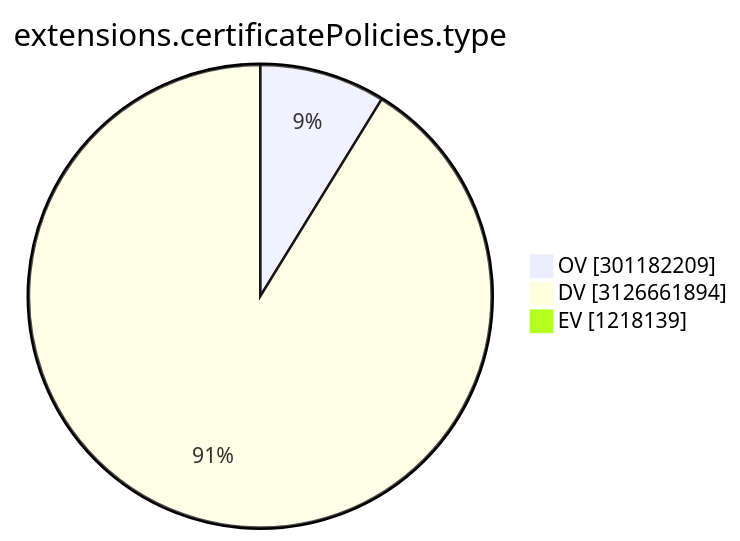
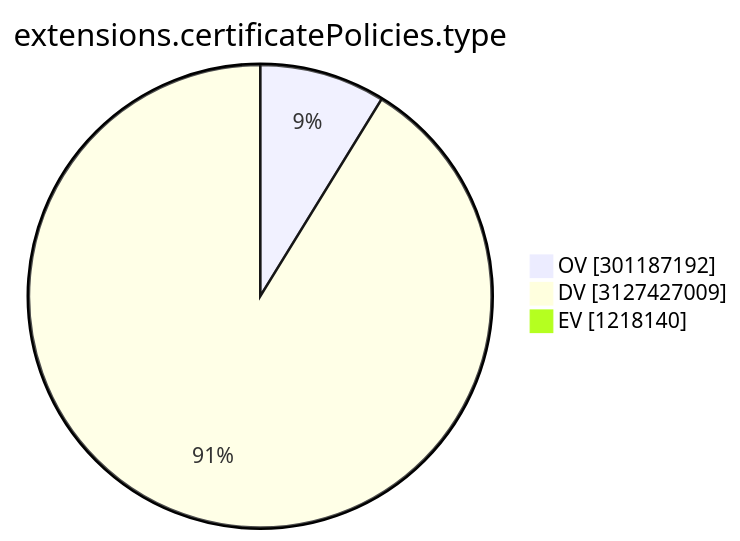
Before and after one commit to christiankrug/ctmonitor_visualization: the ninth of 15 diagrams in TOTAL/README.md, drawn with Mermaid. The commit also changed other lines of this file, not shown here.

````diff
--- a/TOTAL/README.md
+++ b/TOTAL/README.md
@@ -3104,7 +3104,7 @@
 ```mermaid
 pie showData
 title extensions.certificatePolicies.type
-"OV" :301182209
-"DV" :3126661894
-"EV" :1218139
+"OV" :301187192
+"DV" :3127427009
+"EV" :1218140
 ```
````
